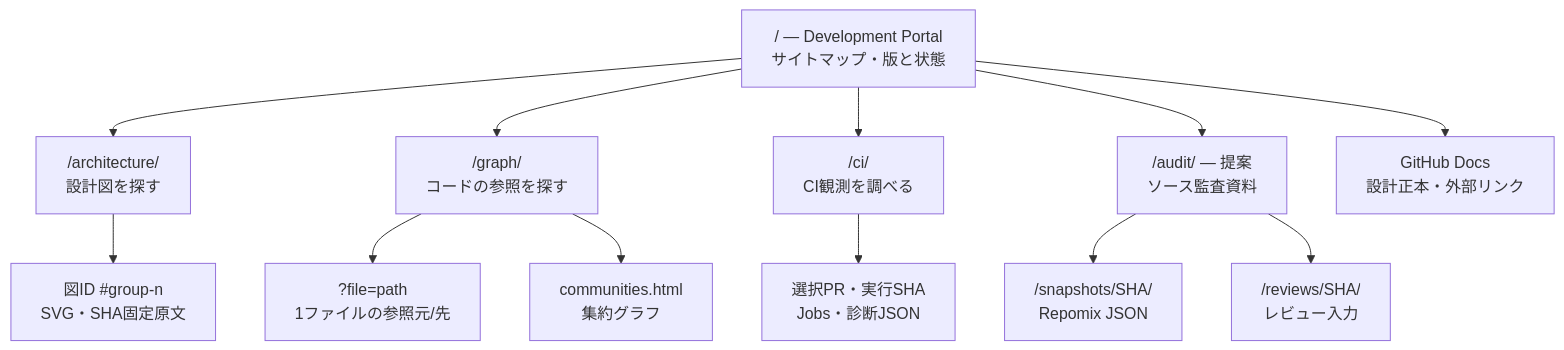
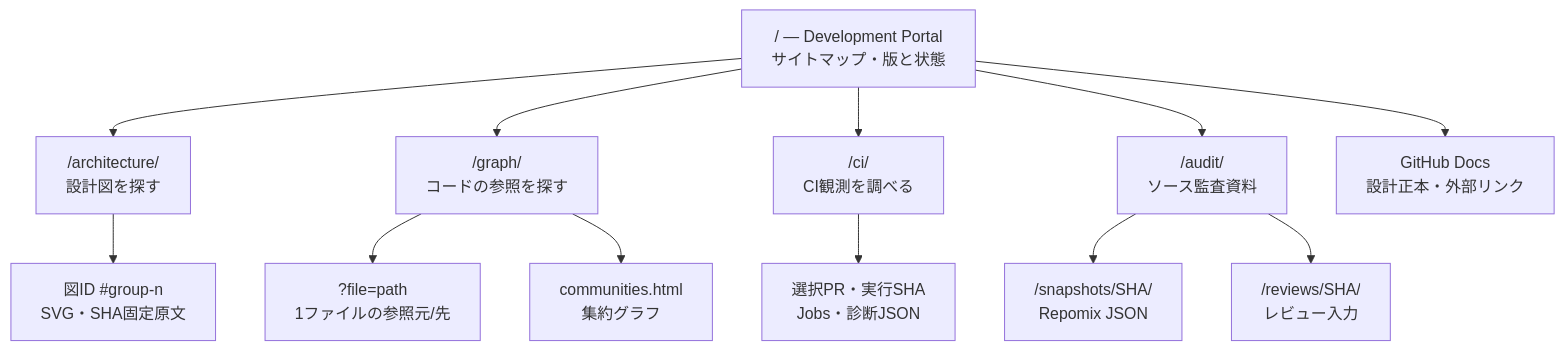
One commit to yohn-jp/codexia changed the first of 6 diagrams in docs/design/DEVELOPMENT-PAGES-UX.md. Above: the diagram before and after it, drawn with Mermaid. The commit also changed other lines of this file and 3 other files, not shown here.

````diff
--- a/docs/design/DEVELOPMENT-PAGES-UX.md
+++ b/docs/design/DEVELOPMENT-PAGES-UX.md
@@ -35,15 +38,15 @@
 ```mermaid
 flowchart TB
     HOME["/ — Development Portal<br/>サイトマップ・版と状態"]
     HOME --> ARCH["/architecture/<br/>設計図を探す"]
     HOME --> GRAPH["/graph/<br/>コードの参照を探す"]
     HOME --> CI["/ci/<br/>CI観測を調べる"]
-    HOME --> AUDIT["/audit/ — 提案<br/>ソース監査資料"]
+    HOME --> AUDIT["/audit/<br/>ソース監査資料"]
     HOME --> DOC["GitHub Docs<br/>設計正本・外部リンク"]
     ARCH --> DIAGRAM["図ID #group-n<br/>SVG・SHA固定原文"]
     GRAPH --> FILE["?file=path<br/>1ファイルの参照元/先"]
     GRAPH --> COMMUNITY["communities.html<br/>集約グラフ"]
     CI --> RUN["選択PR・実行SHA<br/>Jobs・診断JSON"]
     AUDIT --> SNAP["/snapshots/SHA/<br/>Repomix JSON"]
     AUDIT --> REVIEW["/reviews/SHA/<br/>レビュー入力"]
 ```
````
